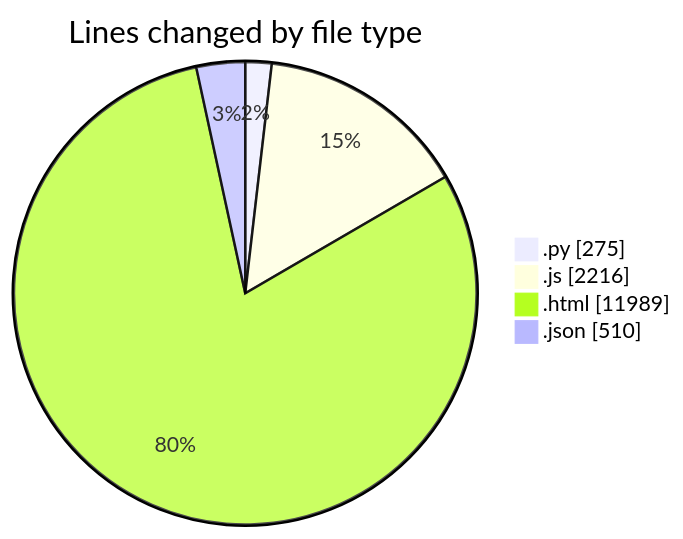
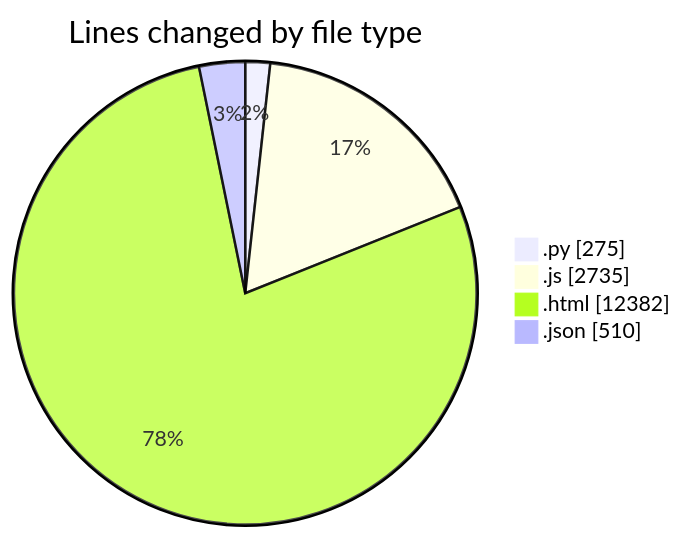
One commit to shibass792/code-tracking changed the first of 2 diagrams in 2026-07-09/twenty_versions_aminor/README.md. Above: the diagram before and after it, drawn with Mermaid. The commit also changed other lines of this file and 1 other file, not shown here.

````diff
--- a/2026-07-09/twenty_versions_aminor/README.md
+++ b/2026-07-09/twenty_versions_aminor/README.md
@@ -40,8 +41,8 @@
 ```mermaid
 pie showData
 title Lines changed by file type
 ".py" : 275
-".js" : 2216
-".html" : 11989
+".js" : 2735
+".html" : 12382
 ".json" : 510
 ```
````
